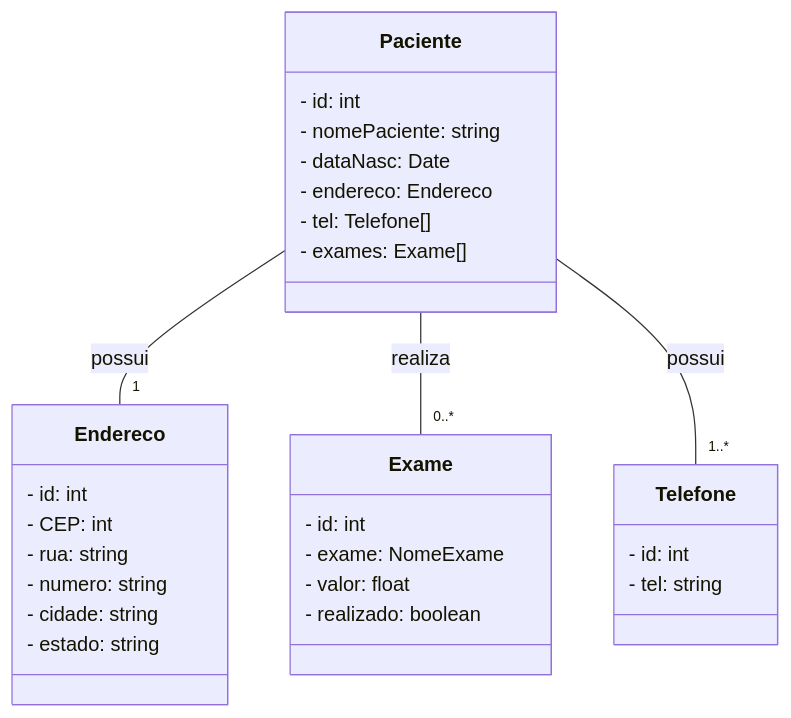
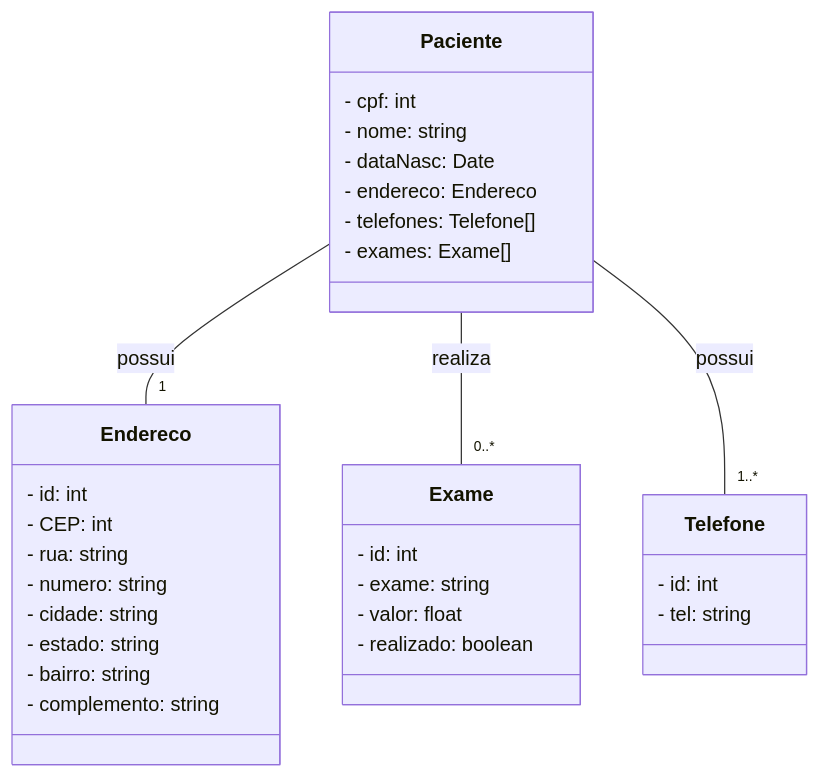
Before and after one commit to jcarloccs/clinica: the diagram in README.md, drawn with Mermaid. The commit also changed 8 other files, not shown here.

````diff
--- a/README.md
+++ b/README.md
@@ -5,36 +5,38 @@
 ```mermaid
 classDiagram
     class Paciente {
-        - id: int
-        - nomePaciente: string
+        - cpf: int
+        - nome: string
         - dataNasc: Date
         - endereco: Endereco
-        - tel: Telefone[]
+        - telefones: Telefone[]
         - exames: Exame[]
     }
 
     class Telefone {
         - id: int
         - tel: string
     }
 
     class Endereco {
         - id: int
         - CEP: int
         - rua: string
         - numero: string
         - cidade: string
         - estado: string
+        - bairro: string
+        - complemento: string
     }
 
     class Exame {
         - id: int
-        - exame: NomeExame
+        - exame: string
         - valor: float
         - realizado: boolean
     }
 
     Paciente -- "1" Endereco : possui
     Paciente -- "0..*" Exame : realiza
     Paciente -- "1..*" Telefone : possui
 ```
````
